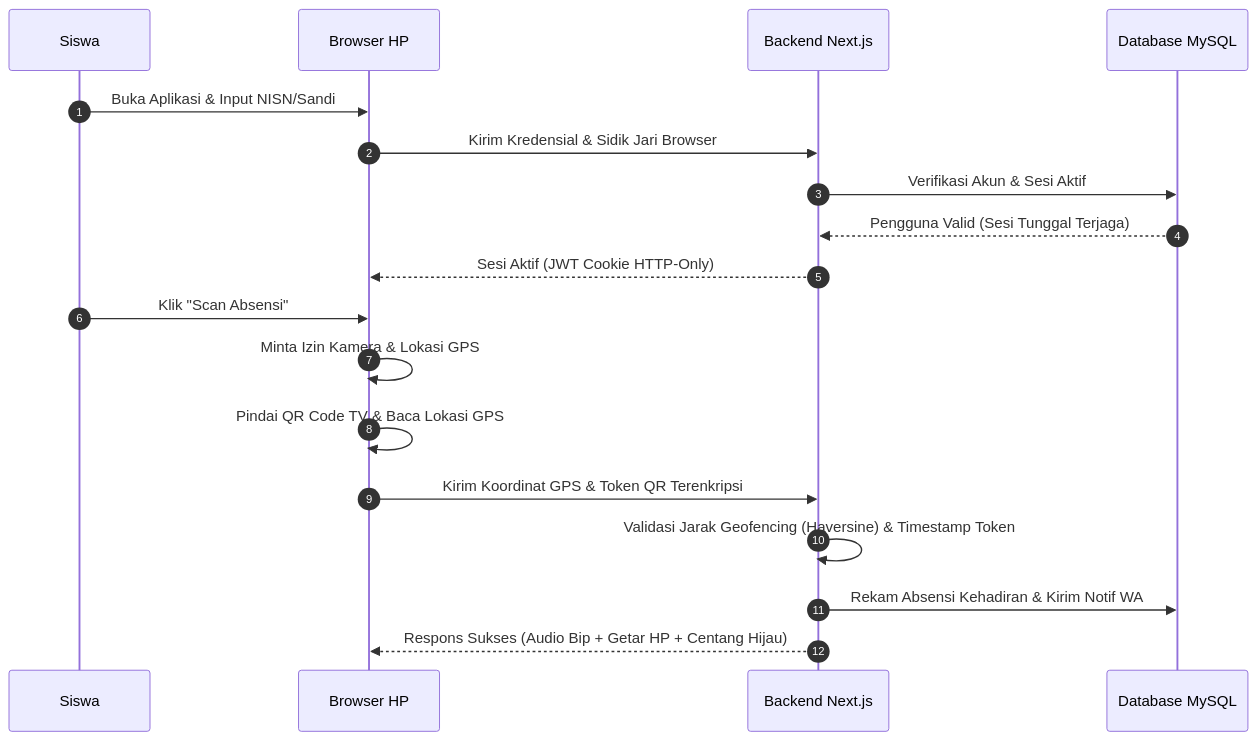
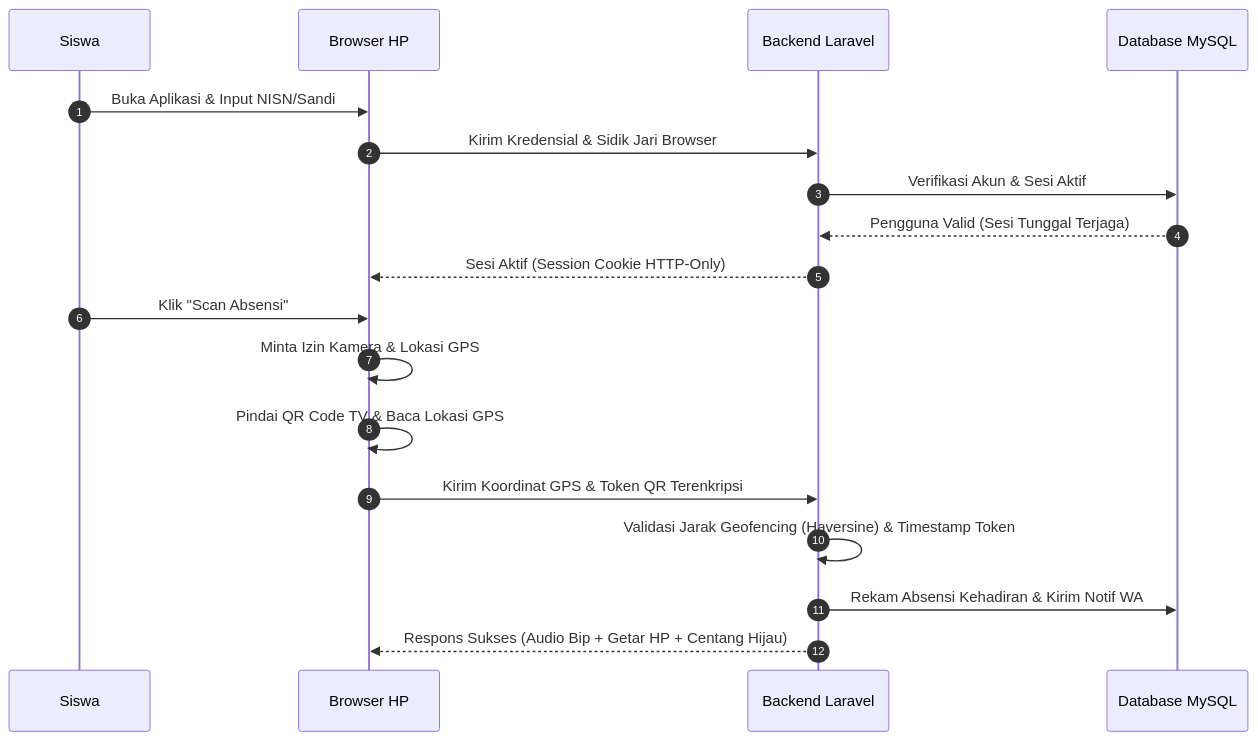
Before and after one commit to ajibayu590/absensi-arrahma-kartuqr: the diagram in docs/SISWA.md, drawn with Mermaid. The commit also changed other lines of this file and 24 other files, not shown here.

````diff
--- a/docs/SISWA.md
+++ b/docs/SISWA.md
@@ -9,16 +9,16 @@
 ```mermaid
 sequenceDiagram
     autonumber
     Siswa->>Browser HP: Buka Aplikasi & Input NISN/Sandi
-    Browser HP->>Backend Next.js: Kirim Kredensial & Sidik Jari Browser
-    Backend Next.js->>Database MySQL: Verifikasi Akun & Sesi Aktif
-    Database MySQL-->>Backend Next.js: Pengguna Valid (Sesi Tunggal Terjaga)
-    Backend Next.js-->>Browser HP: Sesi Aktif (JWT Cookie HTTP-Only)
+    Browser HP->>Backend Laravel: Kirim Kredensial & Sidik Jari Browser
+    Backend Laravel->>Database MySQL: Verifikasi Akun & Sesi Aktif
+    Database MySQL-->>Backend Laravel: Pengguna Valid (Sesi Tunggal Terjaga)
+    Backend Laravel-->>Browser HP: Sesi Aktif (Session Cookie HTTP-Only)
     Siswa->>Browser HP: Klik "Scan Absensi"
     Browser HP->>Browser HP: Minta Izin Kamera & Lokasi GPS
     Browser HP->>Browser HP: Pindai QR Code TV & Baca Lokasi GPS
-    Browser HP->>Backend Next.js: Kirim Koordinat GPS & Token QR Terenkripsi
-    Backend Next.js->>Backend Next.js: Validasi Jarak Geofencing (Haversine) & Timestamp Token
-    Backend Next.js->>Database MySQL: Rekam Absensi Kehadiran & Kirim Notif WA
-    Backend Next.js-->>Browser HP: Respons Sukses (Audio Bip + Getar HP + Centang Hijau)
+    Browser HP->>Backend Laravel: Kirim Koordinat GPS & Token QR Terenkripsi
+    Backend Laravel->>Backend Laravel: Validasi Jarak Geofencing (Haversine) & Timestamp Token
+    Backend Laravel->>Database MySQL: Rekam Absensi Kehadiran & Kirim Notif WA
+    Backend Laravel-->>Browser HP: Respons Sukses (Audio Bip + Getar HP + Centang Hijau)
 ```
````
